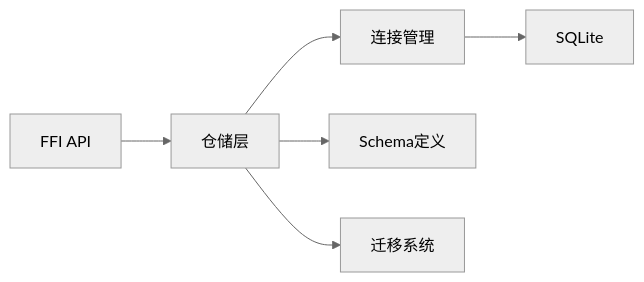
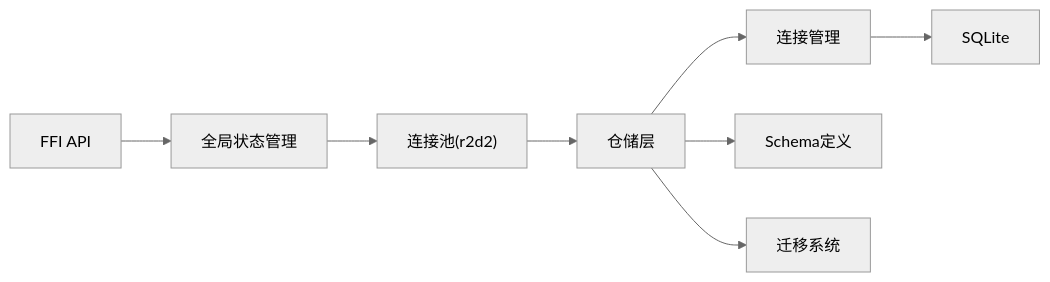
Before and after one commit to ZhangGHGitHub/LegadoTeamFlutter: the eighth of 8 diagrams in .qoder/repowiki/zh/content/架构设计/分层架构设计/数据访问层/SQLite数据库.md, drawn with Mermaid (neutral theme). The commit also changed other lines of this file and 173 other files, not shown here.

````diff
--- a/.qoder/repowiki/zh/content/架构设计/分层架构设计/数据访问层/SQLite数据库.md
+++ b/.qoder/repowiki/zh/content/架构设计/分层架构设计/数据访问层/SQLite数据库.md
@@ -435,8 +530,10 @@
 ```mermaid
 graph LR
-FFI["FFI API"] --> Repo["仓储层"]
+FFI["FFI API"] --> State["全局状态管理"]
+State --> Pool["连接池(r2d2)"]
+Pool --> Repo["仓储层"]
 Repo --> Conn["连接管理"]
 Repo --> Schema["Schema定义"]
 Repo --> Mig["迁移系统"]
 Conn --> DB["SQLite"]
 ```
````
